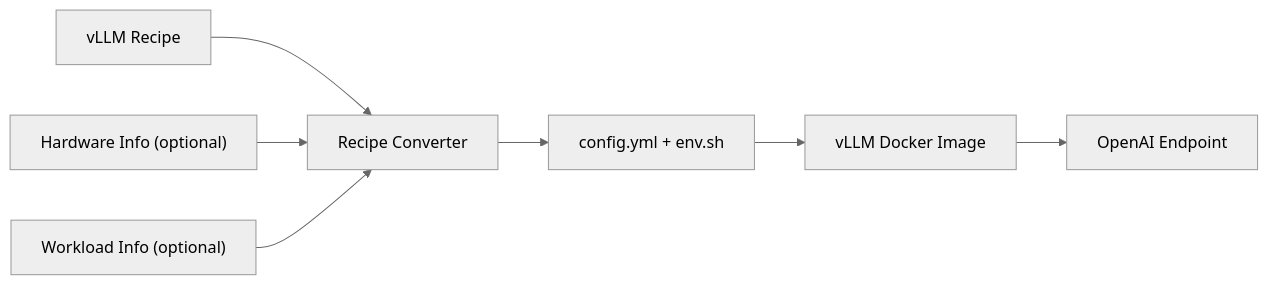
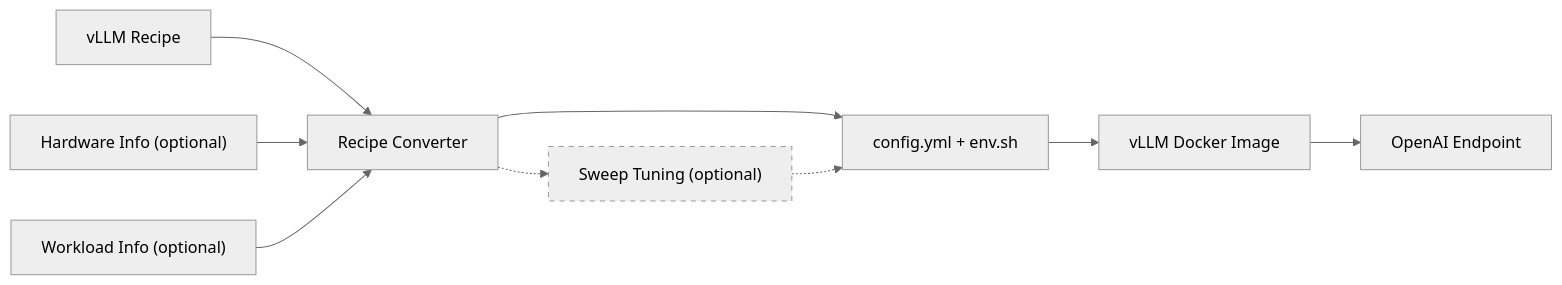
The diagram in tools/recipes/README.md (vllm-project/vllm), drawn with Mermaid (neutral theme) before and after one commit. The commit also changed other lines of this file and 5 other files, not shown here.

````diff
--- a/tools/recipes/README.md
+++ b/tools/recipes/README.md
@@ -11,9 +7,13 @@
 ```mermaid
 flowchart LR
     R["vLLM Recipe"] --> C["Recipe Converter"]
     H["Hardware Info (optional)"] --> C
     W["Workload Info (optional)"] --> C
     C --> F["config.yml + env.sh"]
+    C -.-> S["Sweep Tuning (optional)"]
+    S -.-> F
     F --> D["vLLM Docker Image"]
     D --> E["OpenAI Endpoint"]
+
+    style S stroke-dasharray: 5 5
 ```
````
